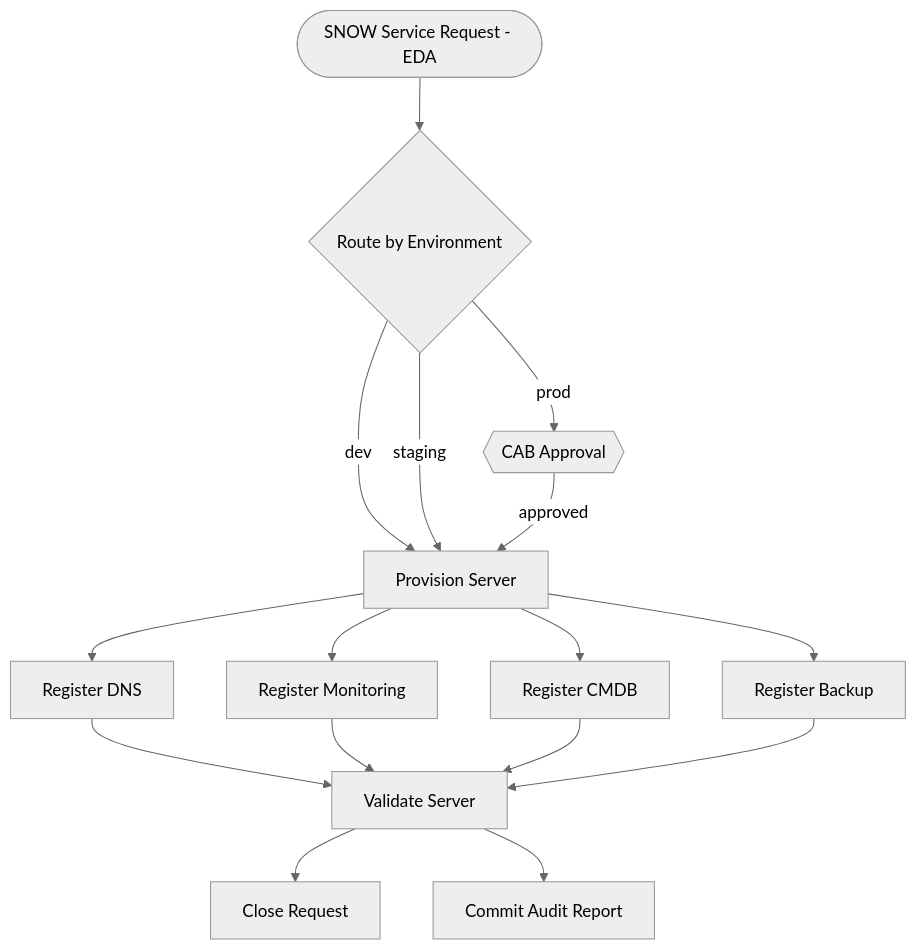
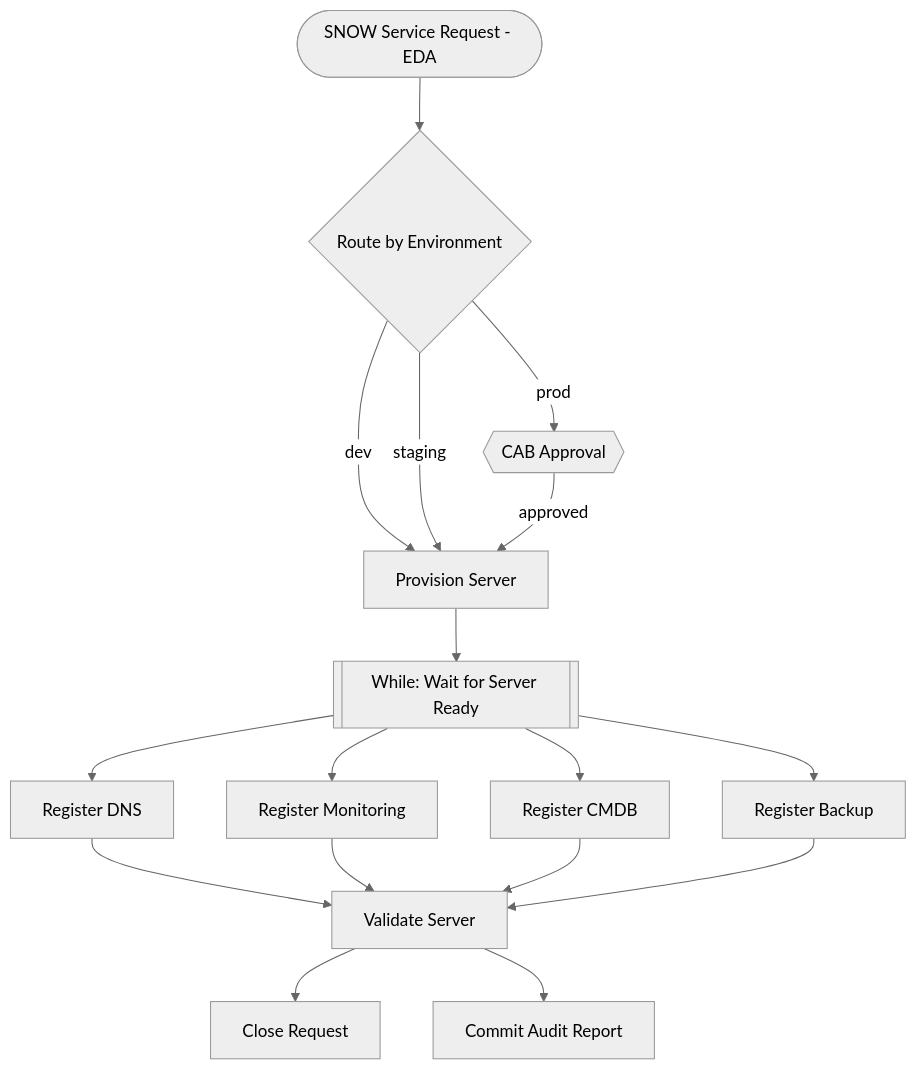
Before and after one commit to crenwick93/ao-overview-demo: the diagram in README.md, drawn with Mermaid (neutral theme). The commit also changed other lines of this file and 12 other files, not shown here.

First line of the commit message:
Real EC2 provisioning + While loop for server readiness

````diff
--- a/README.md
+++ b/README.md
@@ -27,22 +28,24 @@
 ```mermaid
 flowchart TD
     trigger([SNOW Service Request - EDA]) --> sw{Route by Environment}
 
     sw -- dev --> provision[Provision Server]
     sw -- staging --> provision
     sw -- prod --> approval{{CAB Approval}}
     approval -- approved --> provision
 
-    provision --> dns[Register DNS]
-    provision --> mon[Register Monitoring]
-    provision --> cmdb[Register CMDB]
-    provision --> bak[Register Backup]
+    provision --> loop[[While: Wait for Server Ready]]
+
+    loop --> dns[Register DNS]
+    loop --> mon[Register Monitoring]
+    loop --> cmdb[Register CMDB]
+    loop --> bak[Register Backup]
 
     dns --> validate[Validate Server]
     mon --> validate
     cmdb --> validate
     bak --> validate
 
     validate --> close[Close Request]
     validate --> git[Commit Audit Report]
 ```
````
